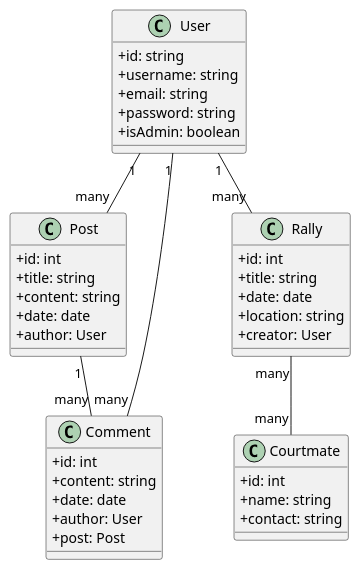
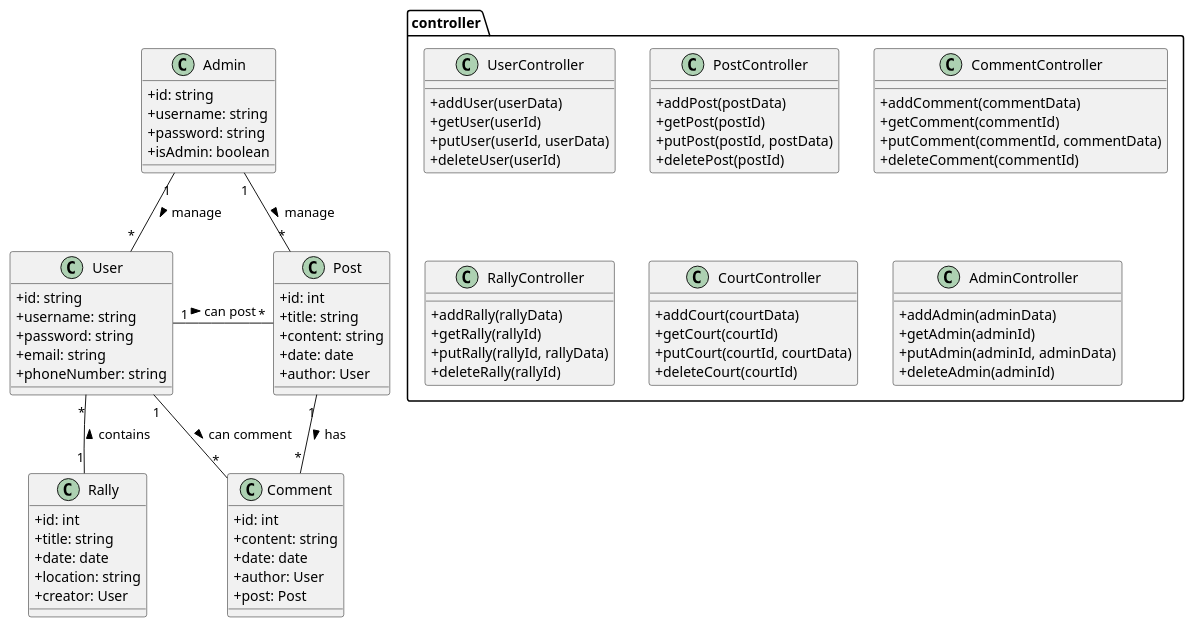
Before and after one commit to Vizards8/Hey_Badminton: the diagram in Domain model.puml, drawn with PlantUML. The commit also changed 5 other files, not shown here.

```diff
--- a/Domain model.puml
+++ b/Domain model.puml
@@ -1,48 +1,95 @@
 @startuml
 skinparam classAttributeIconSize 0
 
-class User {
+class User{
     +id: string
     +username: string
+    +password: string
     +email: string
+    +phoneNumber: string
+}
+
+class Admin{
+    +id: string
+    +username: string
     +password: string
     +isAdmin: boolean
 }
 
 class Post {
     +id: int
     +title: string
     +content: string
     +date: date
     +author: User
 }
 
 class Comment {
     +id: int
     +content: string
     +date: date
     +author: User
     +post: Post
 }
 
 class Rally {
     +id: int
     +title: string
     +date: date
     +location: string
     +creator: User
 }
 
-class Courtmate {
-    +id: int
-    +name: string
-    +contact: string
+package controller {
+    class UserController {
+        +addUser(userData)
+        +getUser(userId)
+        +putUser(userId, userData)
+        +deleteUser(userId)
+    }
+
+    class PostController {
+        +addPost(postData)
+        +getPost(postId)
+        +putPost(postId, postData)
+        +deletePost(postId)
+    }
+
+    class CommentController {
+        +addComment(commentData)
+        +getComment(commentId)
+        +putComment(commentId, commentData)
+        +deleteComment(commentId)
+    }
+
+    class RallyController {
+        +addRally(rallyData)
+        +getRally(rallyId)
+        +putRally(rallyId, rallyData)
+        +deleteRally(rallyId)
+    }
+
+    class CourtController {
+        +addCourt(courtData)
+        +getCourt(courtId)
+        +putCourt(courtId, courtData)
+        +deleteCourt(courtId)
+    }
+
+    class AdminController {
+        +addAdmin(adminData)
+        +getAdmin(adminId)
+        +putAdmin(adminId, adminData)
+        +deleteAdmin(adminId)
+    }
 }
 
-User "1" -- "many" Post
-User "1" -- "many" Comment
-User "1" -- "many" Rally
-Post "1" -- "many" Comment
-Rally "many" -- "many" Courtmate
+User "1" -- "*" Post: can post >
+User "1" -- "*" Comment: can comment >
+Post -[hidden]> User
+User "*" -- "1" Rally: contains <
+Post "1" -- "*" Comment: has >
+Admin "1" -- "*" User: manage >
+Admin "1" -- "*" Post: manage >
 
 @enduml
```
